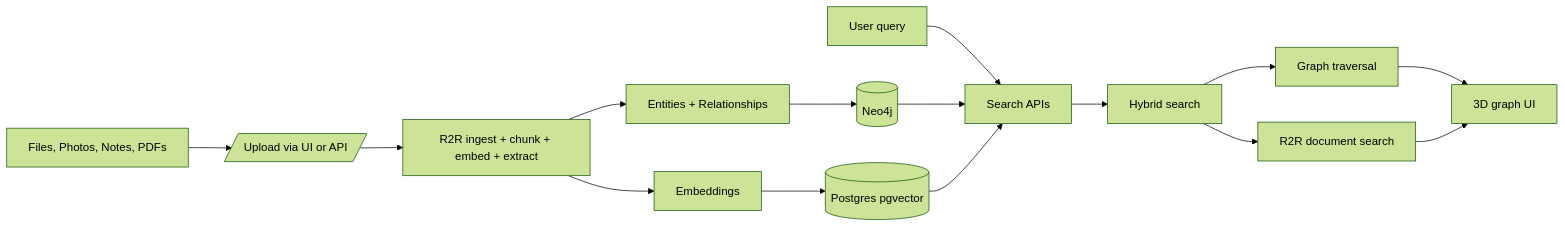
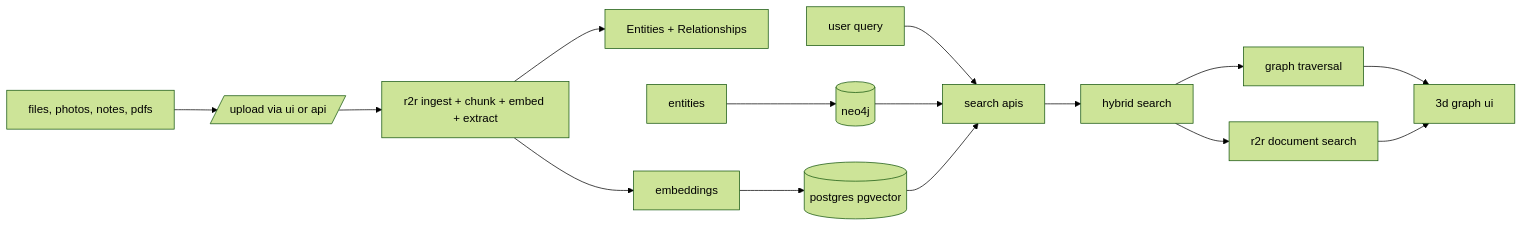
Before and after one commit to liamellison02/graphaura: the second of 2 diagrams in README.md, drawn with Mermaid (forest theme). The commit also changed other lines of this file, not shown here.

````diff
--- a/README.md
+++ b/README.md
@@ -32,17 +34,17 @@
 ```mermaid
 flowchart LR
-  Files[Files, Photos, Notes, PDFs] --> Upload[/Upload via UI or API/]
-  Upload --> R2RIngest[R2R ingest + chunk + embed + extract]
-  R2RIngest --> Entities[Entities + Relationships]
-  Entities --> NEO[(Neo4j)]
-  R2RIngest --> Embeds[Embeddings]
-  Embeds --> PG[(Postgres pgvector)]
-  Query[User query] --> API[Search APIs]
-  API --> Hybrid[Hybrid search]
-  Hybrid --> Docs[R2R document search]
-  Hybrid --> Graph[Graph traversal]
-  Graph --> FEVis[3D graph UI]
-  Docs --> FEVis
-  NEO --> API
-  PG --> API
+  files[files, photos, notes, pdfs] --> upload[/upload via ui or api/]
+  upload --> r2ringest[r2r ingest + chunk + embed + extract]
+  r2ringest --> Entities[Entities + Relationships]
+  entities --> neo[(neo4j)]
+  r2ringest --> embeds[embeddings]
+  embeds --> pg[(postgres pgvector)]
+  query[user query] --> api[search apis]
+  api --> hybrid[hybrid search]
+  hybrid --> docs[r2r document search]
+  hybrid --> grph[graph traversal]
+  grph --> fevis[3d graph ui]
+  docs --> fevis
+  neo --> api
+  pg --> api
 ```
````
